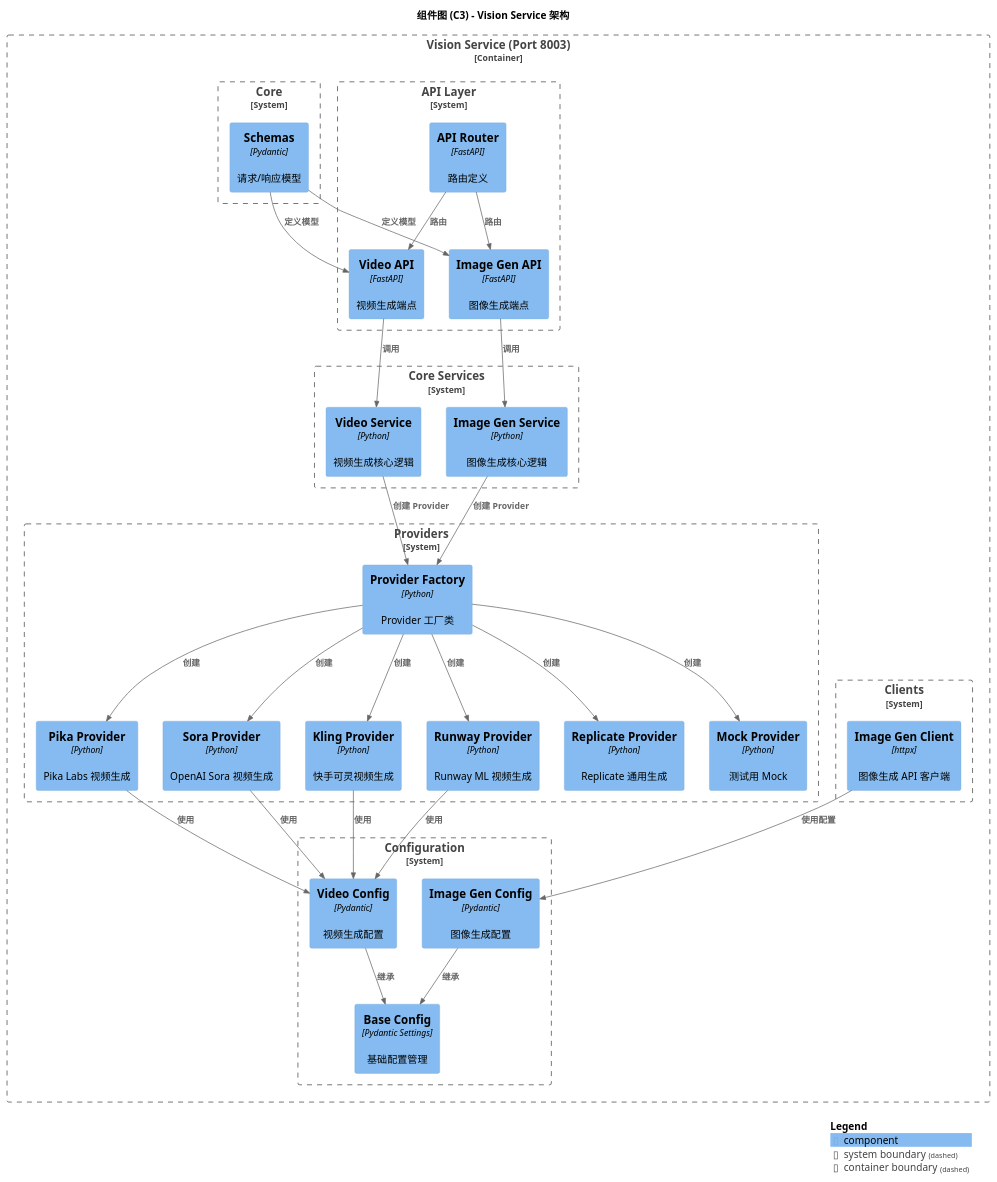
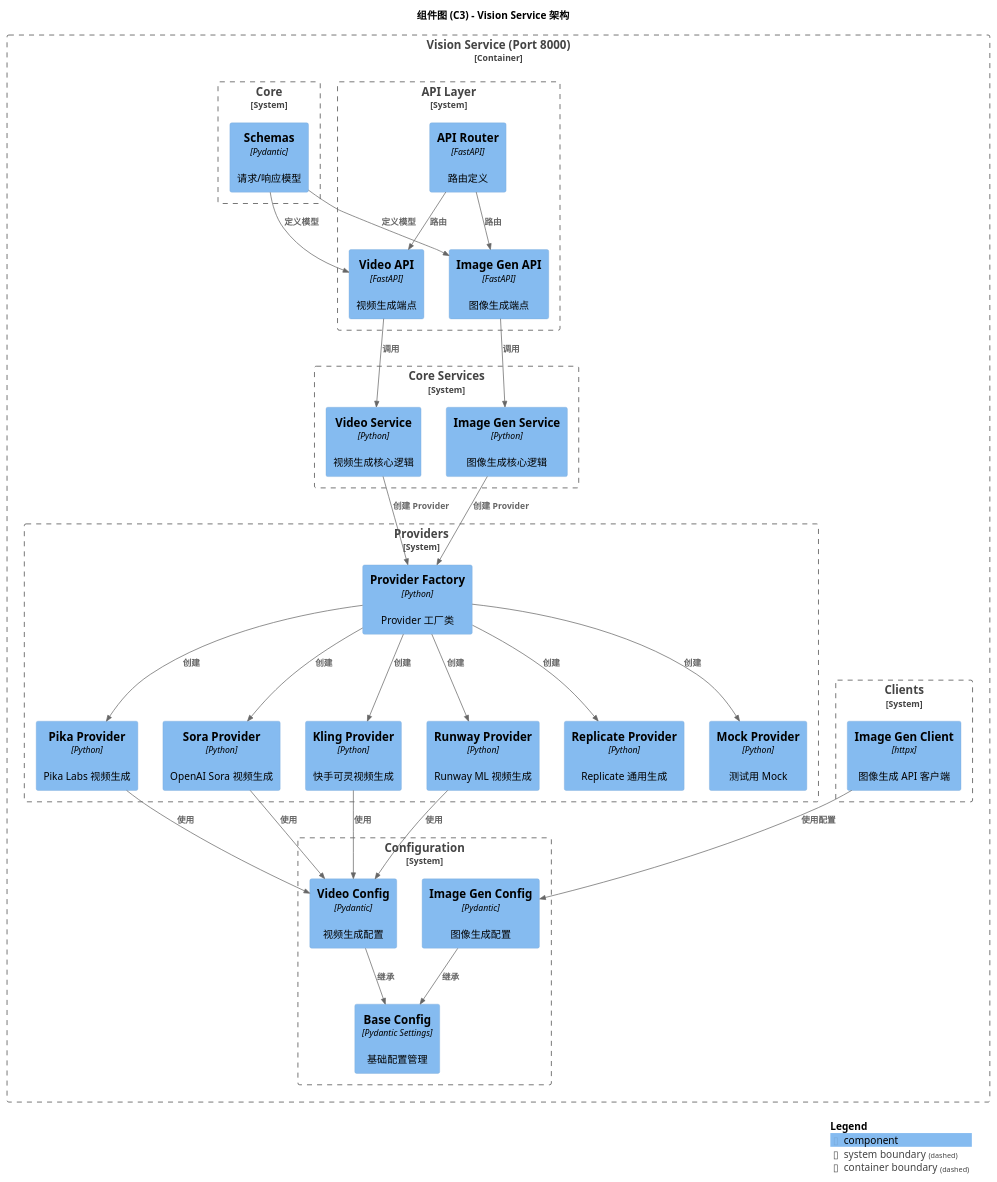
Before and after one commit to felixzhu97/explore-workspace: the diagram in ai/docs/c4/component-vision-service.puml, drawn with PlantUML. The commit also changed 45 other files, not shown here.

First line of the commit message:
docs: update documentation, C4 diagrams, and service configurations

```diff
--- a/ai/docs/c4/component-vision-service.puml
+++ b/ai/docs/c4/component-vision-service.puml
@@ -1,84 +1,84 @@
 @startuml C4-Component-Vision-Service
 !include https://raw.githubusercontent.com/plantuml-stdlib/C4-PlantUML/master/C4_Component.puml
 
 LAYOUT_WITH_LEGEND()
 
 title 组件图 (C3) - Vision Service 架构
 
-Container_Boundary(vision_service, "Vision Service (Port 8003)") {
+Container_Boundary(vision_service, "Vision Service (Port 8000)") {
 
     ' === API 层 ===
     System_Boundary(api_layer, "API Layer") {
         Component(api_router, "API Router", "FastAPI", "路由定义")
         Component(video_api, "Video API", "FastAPI", "视频生成端点")
         Component(image_gen_api, "Image Gen API", "FastAPI", "图像生成端点")
     }
 
     ' === 核心服务 ===
     System_Boundary(core_services, "Core Services") {
         Component(video_service, "Video Service", "Python", "视频生成核心逻辑")
         Component(image_gen_service, "Image Gen Service", "Python", "图像生成核心逻辑")
     }
 
     ' === Provider 层 ===
     System_Boundary(providers, "Providers") {
         Component(provider_factory, "Provider Factory", "Python", "Provider 工厂类")
         Component(kling_provider, "Kling Provider", "Python", "快手可灵视频生成")
         Component(runway_provider, "Runway Provider", "Python", "Runway ML 视频生成")
         Component(pika_provider, "Pika Provider", "Python", "Pika Labs 视频生成")
         Component(sora_provider, "Sora Provider", "Python", "OpenAI Sora 视频生成")
         Component(replicate_provider, "Replicate Provider", "Python", "Replicate 通用生成")
         Component(mock_provider, "Mock Provider", "Python", "测试用 Mock")
     }
 
     ' === 配置层 ===
     System_Boundary(config, "Configuration") {
         Component(video_config, "Video Config", "Pydantic", "视频生成配置")
         Component(image_gen_config, "Image Gen Config", "Pydantic", "图像生成配置")
         Component(base_config, "Base Config", "Pydantic Settings", "基础配置管理")
     }
 
     ' === 客户端 ===
     System_Boundary(clients, "Clients") {
         Component(image_gen_client, "Image Gen Client", "httpx", "图像生成 API 客户端")
     }
 
     ' === 核心模块 ===
     System_Boundary(core, "Core") {
         Component(schemas, "Schemas", "Pydantic", "请求/响应模型")
     }
 }
 
 ' === API 路由关系 ===
 Rel(api_router, video_api, "路由")
 Rel(api_router, image_gen_api, "路由")
 Rel(video_api, video_service, "调用")
 Rel(image_gen_api, image_gen_service, "调用")
 
 ' === 服务与 Provider 关系 ===
 Rel(video_service, provider_factory, "创建 Provider")
 Rel(image_gen_service, provider_factory, "创建 Provider")
 Rel(provider_factory, kling_provider, "创建")
 Rel(provider_factory, runway_provider, "创建")
 Rel(provider_factory, pika_provider, "创建")
 Rel(provider_factory, sora_provider, "创建")
 Rel(provider_factory, replicate_provider, "创建")
 Rel(provider_factory, mock_provider, "创建")
 
 ' === 配置关系 ===
 Rel(video_config, base_config, "继承")
 Rel(image_gen_config, base_config, "继承")
 Rel(kling_provider, video_config, "使用")
 Rel(runway_provider, video_config, "使用")
 Rel(pika_provider, video_config, "使用")
 Rel(sora_provider, video_config, "使用")
 
 ' === 客户端关系 ===
 Rel(image_gen_client, image_gen_config, "使用配置")
 
 ' === Schema 关系 ===
 Rel(schemas, video_api, "定义模型")
 Rel(schemas, image_gen_api, "定义模型")
 
 SHOW_LEGEND()
 @enduml
```
